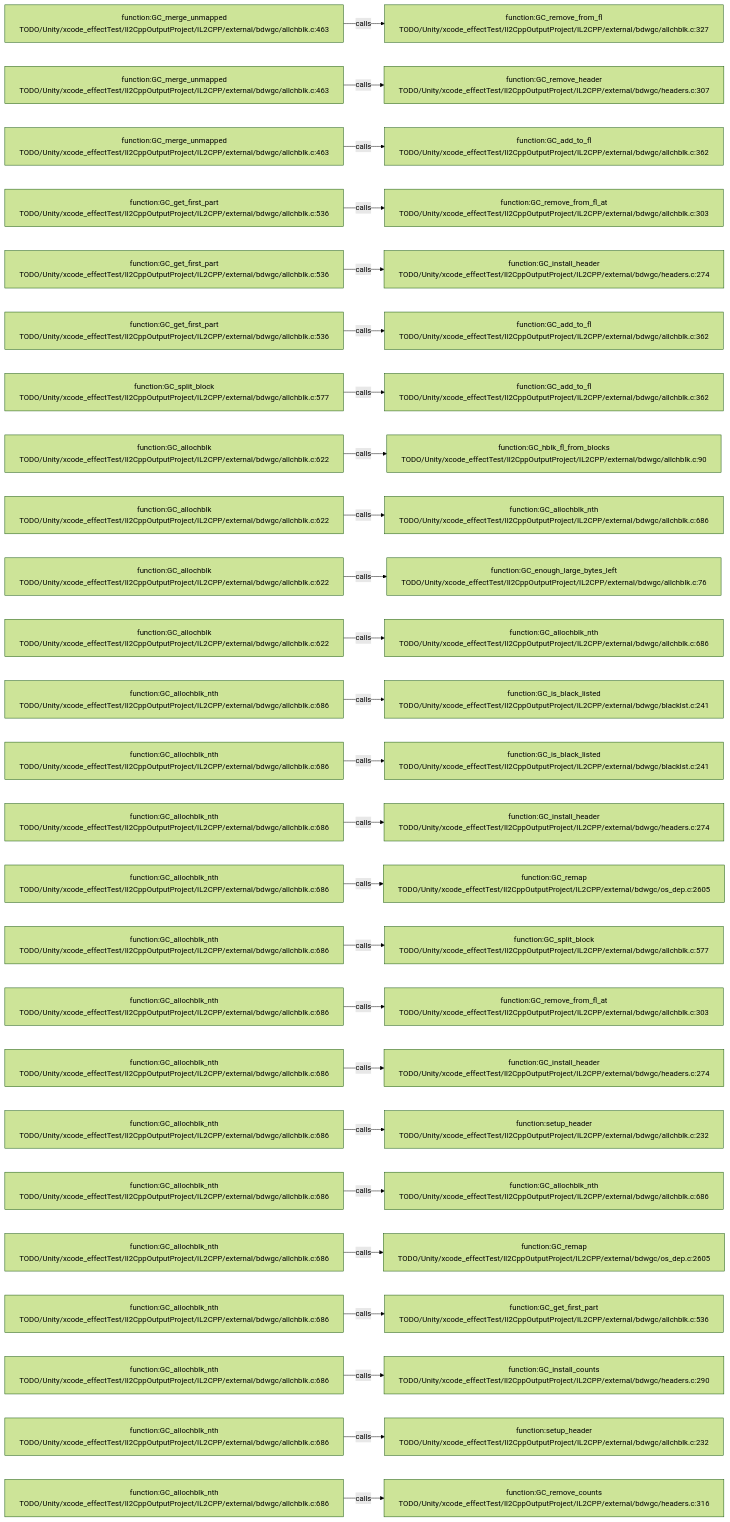
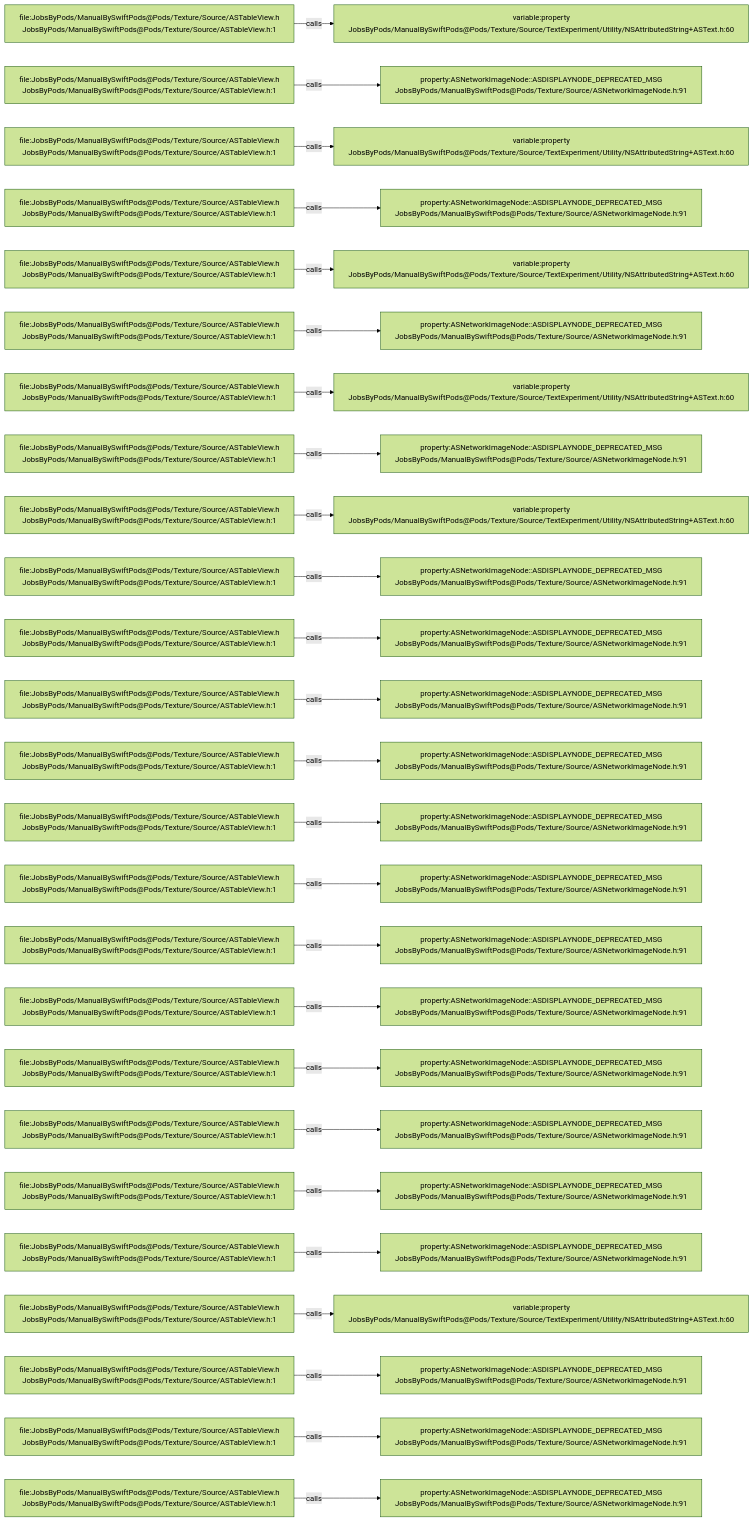
The diagram in .codegraph/codegraph.md/graphs/calls-076.md (JobsKits/JobsSwiftBaseConfigDemo), drawn with Mermaid (forest theme) before and after one commit. The commit also changed 2959 other files, not shown here.

````diff
--- a/.codegraph/codegraph.md/graphs/calls-076.md
+++ b/.codegraph/codegraph.md/graphs/calls-076.md
@@ -13,78 +13,78 @@
 ```mermaid
 flowchart LR
-  S1["function:GC_merge_unmapped<br/>TODO/Unity/xcode_effectTest/Il2CppOutputProject/IL2CPP/external/bdwgc/allchblk.c:463"]
-  T1["function:GC_remove_from_fl<br/>TODO/Unity/xcode_effectTest/Il2CppOutputProject/IL2CPP/external/bdwgc/allchblk.c:327"]
+  S1["file:JobsByPods/ManualBySwiftPods@Pods/Texture/Source/ASTableView.h<br/>JobsByPods/ManualBySwiftPods@Pods/Texture/Source/ASTableView.h:1"]
+  T1["variable:property<br/>JobsByPods/ManualBySwiftPods@Pods/Texture/Source/TextExperiment/Utility/NSAttributedString+ASText.h:60"]
   S1 -->|calls| T1
-  S2["function:GC_merge_unmapped<br/>TODO/Unity/xcode_effectTest/Il2CppOutputProject/IL2CPP/external/bdwgc/allchblk.c:463"]
-  T2["function:GC_remove_header<br/>TODO/Unity/xcode_effectTest/Il2CppOutputProject/IL2CPP/external/bdwgc/headers.c:307"]
+  S2["file:JobsByPods/ManualBySwiftPods@Pods/Texture/Source/ASTableView.h<br/>JobsByPods/ManualBySwiftPods@Pods/Texture/Source/ASTableView.h:1"]
+  T2["property:ASNetworkImageNode::ASDISPLAYNODE_DEPRECATED_MSG<br/>JobsByPods/ManualBySwiftPods@Pods/Texture/Source/ASNetworkImageNode.h:91"]
   S2 -->|calls| T2
-  S3["function:GC_merge_unmapped<br/>TODO/Unity/xcode_effectTest/Il2CppOutputProject/IL2CPP/external/bdwgc/allchblk.c:463"]
-  T3["function:GC_add_to_fl<br/>TODO/Unity/xcode_effectTest/Il2CppOutputProject/IL2CPP/external/bdwgc/allchblk.c:362"]
+  S3["file:JobsByPods/ManualBySwiftPods@Pods/Texture/Source/ASTableView.h<br/>JobsByPods/ManualBySwiftPods@Pods/Texture/Source/ASTableView.h:1"]
+  T3["variable:property<br/>JobsByPods/ManualBySwiftPods@Pods/Texture/Source/TextExperiment/Utility/NSAttributedString+ASText.h:60"]
   S3 -->|calls| T3
-  S4["function:GC_get_first_part<br/>TODO/Unity/xcode_effectTest/Il2CppOutputProject/IL2CPP/external/bdwgc/allchblk.c:536"]
-  T4["function:GC_remove_from_fl_at<br/>TODO/Unity/xcode_effectTest/Il2CppOutputProject/IL2CPP/external/bdwgc/allchblk.c:303"]
+  S4["file:JobsByPods/ManualBySwiftPods@Pods/Texture/Source/ASTableView.h<br/>JobsByPods/ManualBySwiftPods@Pods/Texture/Source/ASTableView.h:1"]
+  T4["property:ASNetworkImageNode::ASDISPLAYNODE_DEPRECATED_MSG<br/>JobsByPods/ManualBySwiftPods@Pods/Texture/Source/ASNetworkImageNode.h:91"]
   S4 -->|calls| T4
-  S5["function:GC_get_first_part<br/>TODO/Unity/xcode_effectTest/Il2CppOutputProject/IL2CPP/external/bdwgc/allchblk.c:536"]
-  T5["function:GC_install_header<br/>TODO/Unity/xcode_effectTest/Il2CppOutputProject/IL2CPP/external/bdwgc/headers.c:274"]
+  S5["file:JobsByPods/ManualBySwiftPods@Pods/Texture/Source/ASTableView.h<br/>JobsByPods/ManualBySwiftPods@Pods/Texture/Source/ASTableView.h:1"]
+  T5["variable:property<br/>JobsByPods/ManualBySwiftPods@Pods/Texture/Source/TextExperiment/Utility/NSAttributedString+ASText.h:60"]
   S5 -->|calls| T5
-  S6["function:GC_get_first_part<br/>TODO/Unity/xcode_effectTest/Il2CppOutputProject/IL2CPP/external/bdwgc/allchblk.c:536"]
-  T6["function:GC_add_to_fl<br/>TODO/Unity/xcode_effectTest/Il2CppOutputProject/IL2CPP/external/bdwgc/allchblk.c:362"]
+  S6["file:JobsByPods/ManualBySwiftPods@Pods/Texture/Source/ASTableView.h<br/>JobsByPods/ManualBySwiftPods@Pods/Texture/Source/ASTableView.h:1"]
+  T6["property:ASNetworkImageNode::ASDISPLAYNODE_DEPRECATED_MSG<br/>JobsByPods/ManualBySwiftPods@Pods/Texture/Source/ASNetworkImageNode.h:91"]
   S6 -->|calls| T6
-  S7["function:GC_split_block<br/>TODO/Unity/xcode_effectTest/Il2CppOutputProject/IL2CPP/external/bdwgc/allchblk.c:577"]
-  T7["function:GC_add_to_fl<br/>TODO/Unity/xcode_effectTest/Il2CppOutputProject/IL2CPP/external/bdwgc/allchblk.c:362"]
+  S7["file:JobsByPods/ManualBySwiftPods@Pods/Texture/Source/ASTableView.h<br/>JobsByPods/ManualBySwiftPods@Pods/Texture/Source/ASTableView.h:1"]
+  T7["variable:property<br/>JobsByPods/ManualBySwiftPods@Pods/Texture/Source/TextExperiment/Utility/NSAttributedString+ASText.h:60"]
   S7 -->|calls| T7
-  S8["function:GC_allochblk<br/>TODO/Unity/xcode_effectTest/Il2CppOutputProject/IL2CPP/external/bdwgc/allchblk.c:622"]
-  T8["function:GC_hblk_fl_from_blocks<br/>TODO/Unity/xcode_effectTest/Il2CppOutputProject/IL2CPP/external/bdwgc/allchblk.c:90"]
+  S8["file:JobsByPods/ManualBySwiftPods@Pods/Texture/Source/ASTableView.h<br/>JobsByPods/ManualBySwiftPods@Pods/Texture/Source/ASTableView.h:1"]
+  T8["property:ASNetworkImageNode::ASDISPLAYNODE_DEPRECATED_MSG<br/>JobsByPods/ManualBySwiftPods@Pods/Texture/Source/ASNetworkImageNode.h:91"]
   S8 -->|calls| T8
-  S9["function:GC_allochblk<br/>TODO/Unity/xcode_effectTest/Il2CppOutputProject/IL2CPP/external/bdwgc/allchblk.c:622"]
-  T9["function:GC_allochblk_nth<br/>TODO/Unity/xcode_effectTest/Il2CppOutputProject/IL2CPP/external/bdwgc/allchblk.c:686"]
+  S9["file:JobsByPods/ManualBySwiftPods@Pods/Texture/Source/ASTableView.h<br/>JobsByPods/ManualBySwiftPods@Pods/Texture/Source/ASTableView.h:1"]
+  T9["variable:property<br/>JobsByPods/ManualBySwiftPods@Pods/Texture/Source/TextExperiment/Utility/NSAttributedString+ASText.h:60"]
   S9 -->|calls| T9
-  S10["function:GC_allochblk<br/>TODO/Unity/xcode_effectTest/Il2CppOutputProject/IL2CPP/external/bdwgc/allchblk.c:622"]
-  T10["function:GC_enough_large_bytes_left<br/>TODO/Unity/xcode_effectTest/Il2CppOutputProject/IL2CPP/external/bdwgc/allchblk.c:76"]
+  S10["file:JobsByPods/ManualBySwiftPods@Pods/Texture/Source/ASTableView.h<br/>JobsByPods/ManualBySwiftPods@Pods/Texture/Source/ASTableView.h:1"]
+  T10["property:ASNetworkImageNode::ASDISPLAYNODE_DEPRECATED_MSG<br/>JobsByPods/ManualBySwiftPods@Pods/Texture/Source/ASNetworkImageNode.h:91"]
   S10 -->|calls| T10
-  S11["function:GC_allochblk<br/>TODO/Unity/xcode_effectTest/Il2CppOutputProject/IL2CPP/external/bdwgc/allchblk.c:622"]
-  T11["function:GC_allochblk_nth<br/>TODO/Unity/xcode_effectTest/Il2CppOutputProject/IL2CPP/external/bdwgc/allchblk.c:686"]
+  S11["file:JobsByPods/ManualBySwiftPods@Pods/Texture/Source/ASTableView.h<br/>JobsByPods/ManualBySwiftPods@Pods/Texture/Source/ASTableView.h:1"]
+  T11["property:ASNetworkImageNode::ASDISPLAYNODE_DEPRECATED_MSG<br/>JobsByPods/ManualBySwiftPods@Pods/Texture/Source/ASNetworkImageNode.h:91"]
   S11 -->|calls| T11
-  S12["function:GC_allochblk_nth<br/>TODO/Unity/xcode_effectTest/Il2CppOutputProject/IL2CPP/external/bdwgc/allchblk.c:686"]
-  T12["function:GC_is_black_listed<br/>TODO/Unity/xcode_effectTest/Il2CppOutputProject/IL2CPP/external/bdwgc/blacklst.c:241"]
+  S12["file:JobsByPods/ManualBySwiftPods@Pods/Texture/Source/ASTableView.h<br/>JobsByPods/ManualBySwiftPods@Pods/Texture/Source/ASTableView.h:1"]
+  T12["property:ASNetworkImageNode::ASDISPLAYNODE_DEPRECATED_MSG<br/>JobsByPods/ManualBySwiftPods@Pods/Texture/Source/ASNetworkImageNode.h:91"]
   S12 -->|calls| T12
-  S13["function:GC_allochblk_nth<br/>TODO/Unity/xcode_effectTest/Il2CppOutputProject/IL2CPP/external/bdwgc/allchblk.c:686"]
-  T13["function:GC_is_black_listed<br/>TODO/Unity/xcode_effectTest/Il2CppOutputProject/IL2CPP/external/bdwgc/blacklst.c:241"]
+  S13["file:JobsByPods/ManualBySwiftPods@Pods/Texture/Source/ASTableView.h<br/>JobsByPods/ManualBySwiftPods@Pods/Texture/Source/ASTableView.h:1"]
+  T13["property:ASNetworkImageNode::ASDISPLAYNODE_DEPRECATED_MSG<br/>JobsByPods/ManualBySwiftPods@Pods/Texture/Source/ASNetworkImageNode.h:91"]
   S13 -->|calls| T13
-  S14["function:GC_allochblk_nth<br/>TODO/Unity/xcode_effectTest/Il2CppOutputProject/IL2CPP/external/bdwgc/allchblk.c:686"]
-  T14["function:GC_install_header<br/>TODO/Unity/xcode_effectTest/Il2CppOutputProject/IL2CPP/external/bdwgc/headers.c:274"]
+  S14["file:JobsByPods/ManualBySwiftPods@Pods/Texture/Source/ASTableView.h<br/>JobsByPods/ManualBySwiftPods@Pods/Texture/Source/ASTableView.h:1"]
+  T14["property:ASNetworkImageNode::ASDISPLAYNODE_DEPRECATED_MSG<br/>JobsByPods/ManualBySwiftPods@Pods/Texture/Source/ASNetworkImageNode.h:91"]
   S14 -->|calls| T14
-  S15["function:GC_allochblk_nth<br/>TODO/Unity/xcode_effectTest/Il2CppOutputProject/IL2CPP/external/bdwgc/allchblk.c:686"]
-  T15["function:GC_remap<br/>TODO/Unity/xcode_effectTest/Il2CppOutputProject/IL2CPP/external/bdwgc/os_dep.c:2605"]
+  S15["file:JobsByPods/ManualBySwiftPods@Pods/Texture/Source/ASTableView.h<br/>JobsByPods/ManualBySwiftPods@Pods/Texture/Source/ASTableView.h:1"]
+  T15["property:ASNetworkImageNode::ASDISPLAYNODE_DEPRECATED_MSG<br/>JobsByPods/ManualBySwiftPods@Pods/Texture/Source/ASNetworkImageNode.h:91"]
   S15 -->|calls| T15
-  S16["function:GC_allochblk_nth<br/>TODO/Unity/xcode_effectTest/Il2CppOutputProject/IL2CPP/external/bdwgc/allchblk.c:686"]
-  T16["function:GC_split_block<br/>TODO/Unity/xcode_effectTest/Il2CppOutputProject/IL2CPP/external/bdwgc/allchblk.c:577"]
+  S16["file:JobsByPods/ManualBySwiftPods@Pods/Texture/Source/ASTableView.h<br/>JobsByPods/ManualBySwiftPods@Pods/Texture/Source/ASTableView.h:1"]
+  T16["property:ASNetworkImageNode::ASDISPLAYNODE_DEPRECATED_MSG<br/>JobsByPods/ManualBySwiftPods@Pods/Texture/Source/ASNetworkImageNode.h:91"]
   S16 -->|calls| T16
-  S17["function:GC_allochblk_nth<br/>TODO/Unity/xcode_effectTest/Il2CppOutputProject/IL2CPP/external/bdwgc/allchblk.c:686"]
-  T17["function:GC_remove_from_fl_at<br/>TODO/Unity/xcode_effectTest/Il2CppOutputProject/IL2CPP/external/bdwgc/allchblk.c:303"]
+  S17["file:JobsByPods/ManualBySwiftPods@Pods/Texture/Source/ASTableView.h<br/>JobsByPods/ManualBySwiftPods@Pods/Texture/Source/ASTableView.h:1"]
+  T17["property:ASNetworkImageNode::ASDISPLAYNODE_DEPRECATED_MSG<br/>JobsByPods/ManualBySwiftPods@Pods/Texture/Source/ASNetworkImageNode.h:91"]
   S17 -->|calls| T17
-  S18["function:GC_allochblk_nth<br/>TODO/Unity/xcode_effectTest/Il2CppOutputProject/IL2CPP/external/bdwgc/allchblk.c:686"]
-  T18["function:GC_install_header<br/>TODO/Unity/xcode_effectTest/Il2CppOutputProject/IL2CPP/external/bdwgc/headers.c:274"]
+  S18["file:JobsByPods/ManualBySwiftPods@Pods/Texture/Source/ASTableView.h<br/>JobsByPods/ManualBySwiftPods@Pods/Texture/Source/ASTableView.h:1"]
+  T18["property:ASNetworkImageNode::ASDISPLAYNODE_DEPRECATED_MSG<br/>JobsByPods/ManualBySwiftPods@Pods/Texture/Source/ASNetworkImageNode.h:91"]
   S18 -->|calls| T18
-  S19["function:GC_allochblk_nth<br/>TODO/Unity/xcode_effectTest/Il2CppOutputProject/IL2CPP/external/bdwgc/allchblk.c:686"]
-  T19["function:setup_header<br/>TODO/Unity/xcode_effectTest/Il2CppOutputProject/IL2CPP/external/bdwgc/allchblk.c:232"]
+  S19["file:JobsByPods/ManualBySwiftPods@Pods/Texture/Source/ASTableView.h<br/>JobsByPods/ManualBySwiftPods@Pods/Texture/Source/ASTableView.h:1"]
+  T19["property:ASNetworkImageNode::ASDISPLAYNODE_DEPRECATED_MSG<br/>JobsByPods/ManualBySwiftPods@Pods/Texture/Source/ASNetworkImageNode.h:91"]
   S19 -->|calls| T19
-  S20["function:GC_allochblk_nth<br/>TODO/Unity/xcode_effectTest/Il2CppOutputProject/IL2CPP/external/bdwgc/allchblk.c:686"]
-  T20["function:GC_allochblk_nth<br/>TODO/Unity/xcode_effectTest/Il2CppOutputProject/IL2CPP/external/bdwgc/allchblk.c:686"]
+  S20["file:JobsByPods/ManualBySwiftPods@Pods/Texture/Source/ASTableView.h<br/>JobsByPods/ManualBySwiftPods@Pods/Texture/Source/ASTableView.h:1"]
+  T20["property:ASNetworkImageNode::ASDISPLAYNODE_DEPRECATED_MSG<br/>JobsByPods/ManualBySwiftPods@Pods/Texture/Source/ASNetworkImageNode.h:91"]
   S20 -->|calls| T20
-  S21["function:GC_allochblk_nth<br/>TODO/Unity/xcode_effectTest/Il2CppOutputProject/IL2CPP/external/bdwgc/allchblk.c:686"]
-  T21["function:GC_remap<br/>TODO/Unity/xcode_effectTest/Il2CppOutputProject/IL2CPP/external/bdwgc/os_dep.c:2605"]
+  S21["file:JobsByPods/ManualBySwiftPods@Pods/Texture/Source/ASTableView.h<br/>JobsByPods/ManualBySwiftPods@Pods/Texture/Source/ASTableView.h:1"]
+  T21["property:ASNetworkImageNode::ASDISPLAYNODE_DEPRECATED_MSG<br/>JobsByPods/ManualBySwiftPods@Pods/Texture/Source/ASNetworkImageNode.h:91"]
   S21 -->|calls| T21
-  S22["function:GC_allochblk_nth<br/>TODO/Unity/xcode_effectTest/Il2CppOutputProject/IL2CPP/external/bdwgc/allchblk.c:686"]
-  T22["function:GC_get_first_part<br/>TODO/Unity/xcode_effectTest/Il2CppOutputProject/IL2CPP/external/bdwgc/allchblk.c:536"]
+  S22["file:JobsByPods/ManualBySwiftPods@Pods/Texture/Source/ASTableView.h<br/>JobsByPods/ManualBySwiftPods@Pods/Texture/Source/ASTableView.h:1"]
+  T22["variable:property<br/>JobsByPods/ManualBySwiftPods@Pods/Texture/Source/TextExperiment/Utility/NSAttributedString+ASText.h:60"]
   S22 -->|calls| T22
-  S23["function:GC_allochblk_nth<br/>TODO/Unity/xcode_effectTest/Il2CppOutputProject/IL2CPP/external/bdwgc/allchblk.c:686"]
-  T23["function:GC_install_counts<br/>TODO/Unity/xcode_effectTest/Il2CppOutputProject/IL2CPP/external/bdwgc/headers.c:290"]
+  S23["file:JobsByPods/ManualBySwiftPods@Pods/Texture/Source/ASTableView.h<br/>JobsByPods/ManualBySwiftPods@Pods/Texture/Source/ASTableView.h:1"]
+  T23["property:ASNetworkImageNode::ASDISPLAYNODE_DEPRECATED_MSG<br/>JobsByPods/ManualBySwiftPods@Pods/Texture/Source/ASNetworkImageNode.h:91"]
   S23 -->|calls| T23
-  S24["function:GC_allochblk_nth<br/>TODO/Unity/xcode_effectTest/Il2CppOutputProject/IL2CPP/external/bdwgc/allchblk.c:686"]
-  T24["function:setup_header<br/>TODO/Unity/xcode_effectTest/Il2CppOutputProject/IL2CPP/external/bdwgc/allchblk.c:232"]
+  S24["file:JobsByPods/ManualBySwiftPods@Pods/Texture/Source/ASTableView.h<br/>JobsByPods/ManualBySwiftPods@Pods/Texture/Source/ASTableView.h:1"]
+  T24["property:ASNetworkImageNode::ASDISPLAYNODE_DEPRECATED_MSG<br/>JobsByPods/ManualBySwiftPods@Pods/Texture/Source/ASNetworkImageNode.h:91"]
   S24 -->|calls| T24
-  S25["function:GC_allochblk_nth<br/>TODO/Unity/xcode_effectTest/Il2CppOutputProject/IL2CPP/external/bdwgc/allchblk.c:686"]
-  T25["function:GC_remove_counts<br/>TODO/Unity/xcode_effectTest/Il2CppOutputProject/IL2CPP/external/bdwgc/headers.c:316"]
+  S25["file:JobsByPods/ManualBySwiftPods@Pods/Texture/Source/ASTableView.h<br/>JobsByPods/ManualBySwiftPods@Pods/Texture/Source/ASTableView.h:1"]
+  T25["property:ASNetworkImageNode::ASDISPLAYNODE_DEPRECATED_MSG<br/>JobsByPods/ManualBySwiftPods@Pods/Texture/Source/ASNetworkImageNode.h:91"]
   S25 -->|calls| T25
 ```
````
